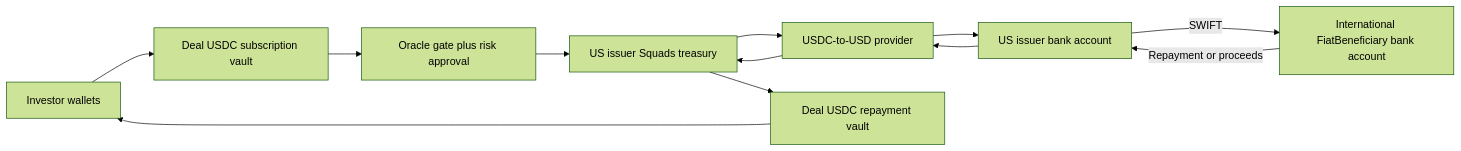
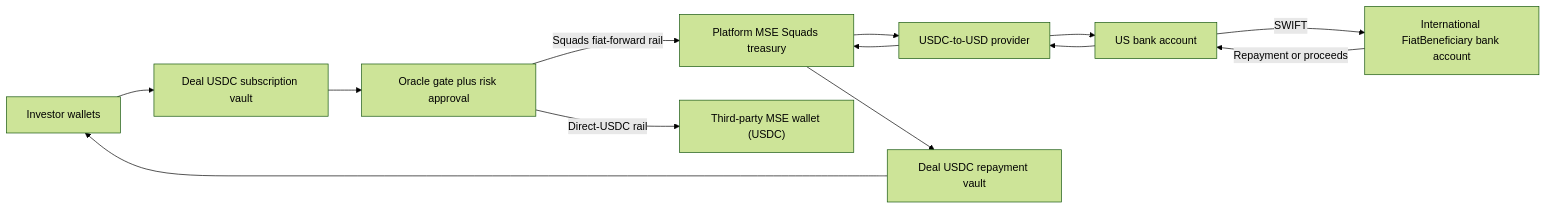
One commit to Asrat77/pod-rwa-tokenization changed the diagram in docs/rwa/ARCHITECTURE.md. Above: the diagram before and after it, drawn with Mermaid (forest theme). The commit also changed other lines of this file and 5 other files, not shown here.

First line of the commit message:
docs(rwa): document the two-rail MSE beneficiary model

````diff
--- a/docs/rwa/ARCHITECTURE.md
+++ b/docs/rwa/ARCHITECTURE.md
@@ -20,15 +33,16 @@
 ```mermaid
 flowchart LR
     I["Investor wallets"] --> S["Deal USDC subscription vault"]
     S --> G["Oracle gate plus risk approval"]
-    G --> T["US issuer Squads treasury"]
+    G -->|Squads fiat-forward rail| T["Platform MSE Squads treasury"]
     T --> C["USDC-to-USD provider"]
-    C --> B["US issuer bank account"]
+    C --> B["US bank account"]
     B -->|SWIFT| F["International FiatBeneficiary bank account"]
+    G -->|Direct-USDC rail| D["Third-party MSE wallet (USDC)"]
 
     F -->|Repayment or proceeds| B
     B --> C
     C --> T
     T --> R["Deal USDC repayment vault"]
     R --> I
 ```
````
